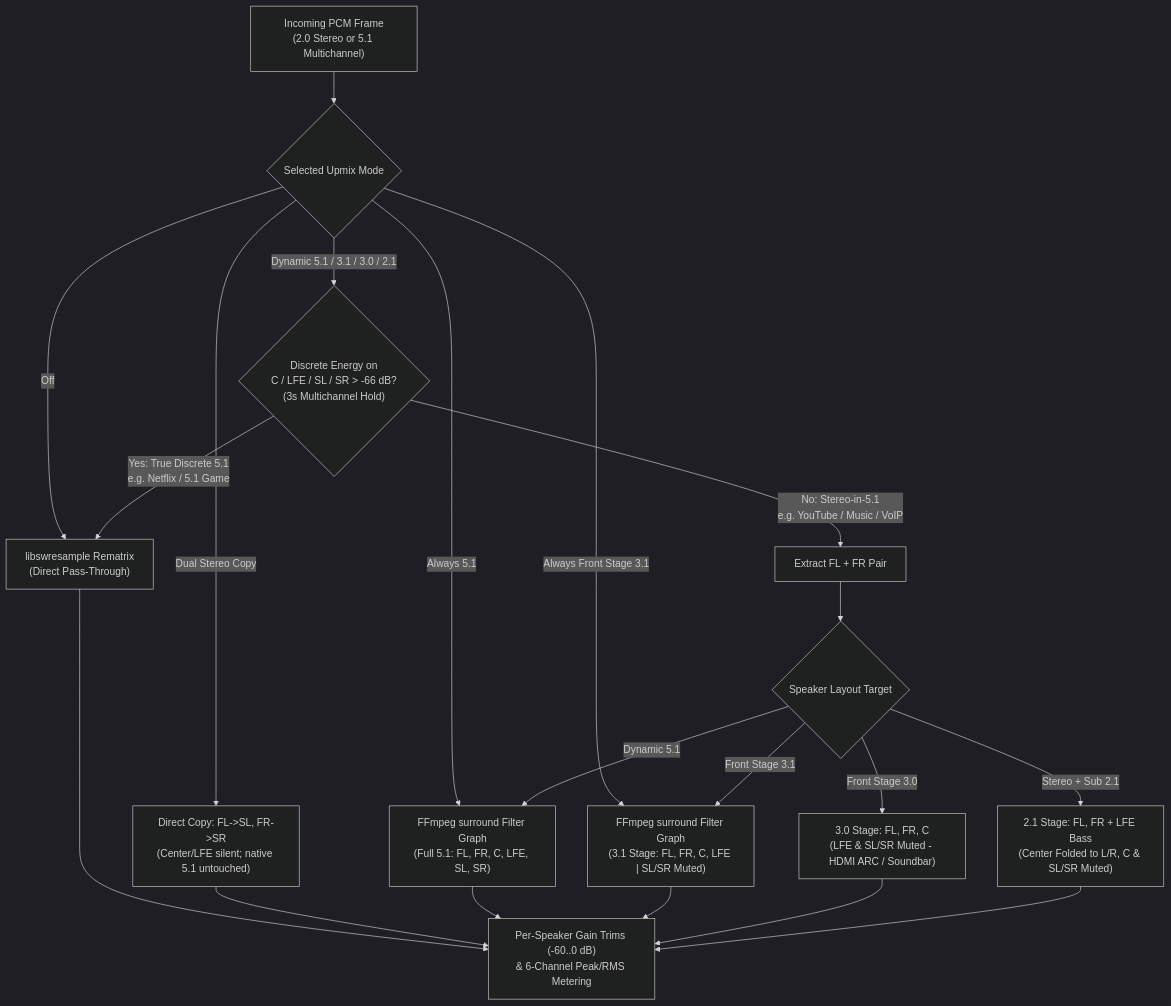
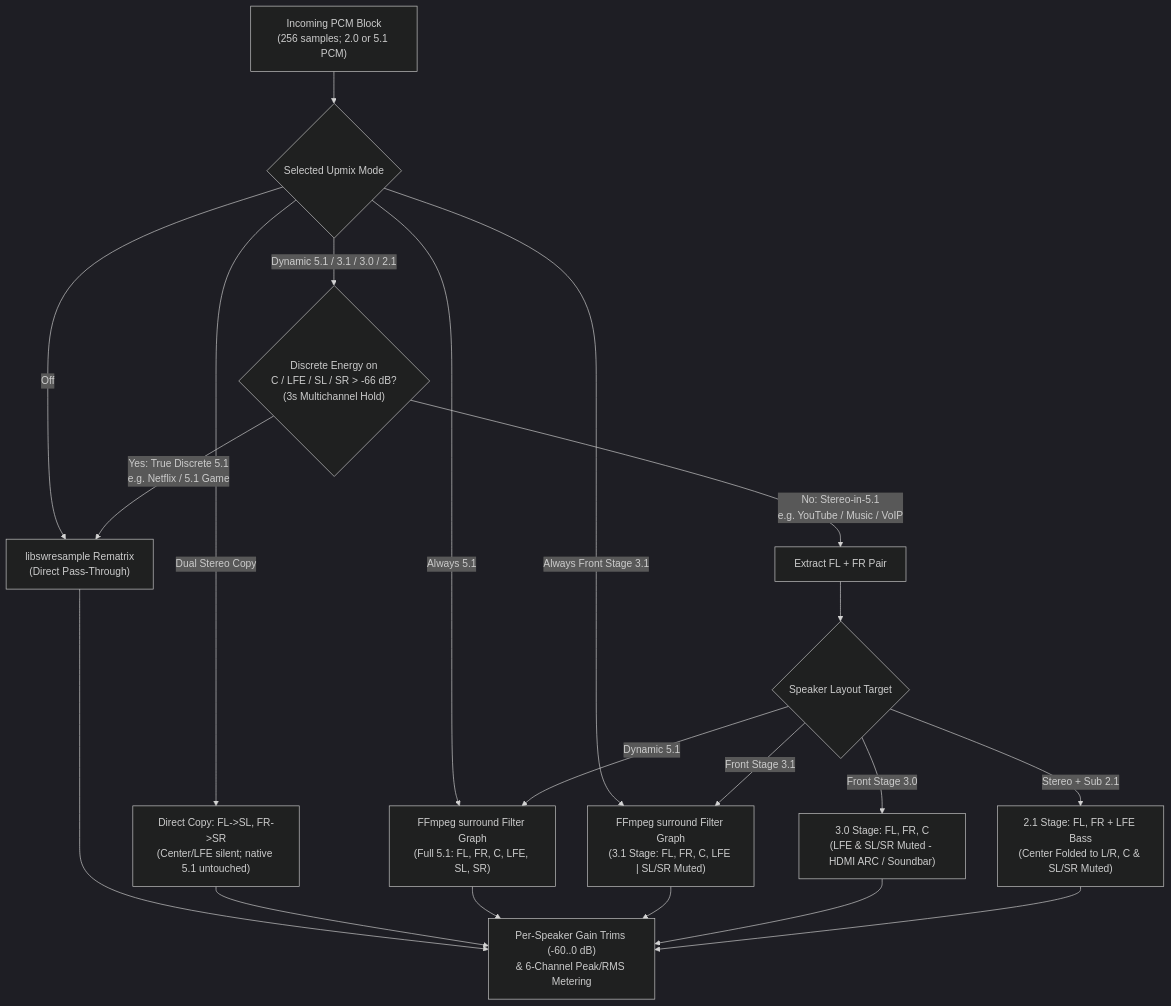
The second of 2 diagrams in README.md (estacia/virtual-ac3-encoder_Dual), drawn with Mermaid (dark theme) before and after one commit. The commit also changed other lines of this file and 6 other files, not shown here.

````diff
--- a/README.md
+++ b/README.md
@@ -69,27 +72,27 @@
 ```mermaid
 flowchart TD
-    In["Incoming PCM Frame\n(2.0 Stereo or 5.1 Multichannel)"] --> Mode{"Selected Upmix Mode"}
+    In["Incoming PCM Block\n(256 samples; 2.0 or 5.1 PCM)"] --> Mode{"Selected Upmix Mode"}
 
     Mode -->|Off| SwrPass["libswresample Rematrix\n(Direct Pass-Through)"]
     Mode -->|Dual Stereo Copy| Copy["Direct Copy: FL->SL, FR->SR\n(Center/LFE silent; native 5.1 untouched)"]
     Mode -->|Always 5.1| Filt51["FFmpeg surround Filter Graph\n(Full 5.1: FL, FR, C, LFE, SL, SR)"]
     Mode -->|Always Front Stage 3.1| Filt31["FFmpeg surround Filter Graph\n(3.1 Stage: FL, FR, C, LFE | SL/SR Muted)"]
 
     Mode -->|Dynamic 5.1 / 3.1 / 3.0 / 2.1| Detect{"Discrete Energy on\nC / LFE / SL / SR > -66 dB?\n(3s Multichannel Hold)"}
 
     Detect -->|Yes: True Discrete 5.1\ne.g. Netflix / 5.1 Game| SwrPass
     Detect -->|No: Stereo-in-5.1\ne.g. YouTube / Music / VoIP| Extract["Extract FL + FR Pair"]
 
     Extract --> StageChoice{"Speaker Layout Target"}
     StageChoice -->|Dynamic 5.1| Filt51
     StageChoice -->|Front Stage 3.1| Filt31
     StageChoice -->|Front Stage 3.0| Filt30["3.0 Stage: FL, FR, C\n(LFE & SL/SR Muted - HDMI ARC / Soundbar)"]
     StageChoice -->|Stereo + Sub 2.1| Filt21["2.1 Stage: FL, FR + LFE Bass\n(Center Folded to L/R, C & SL/SR Muted)"]
 
     SwrPass --> Gains["Per-Speaker Gain Trims (-60..0 dB)\n& 6-Channel Peak/RMS Metering"]
     Copy --> Gains
     Filt51 --> Gains
     Filt31 --> Gains
     Filt30 --> Gains
     Filt21 --> Gains
 ```
````
